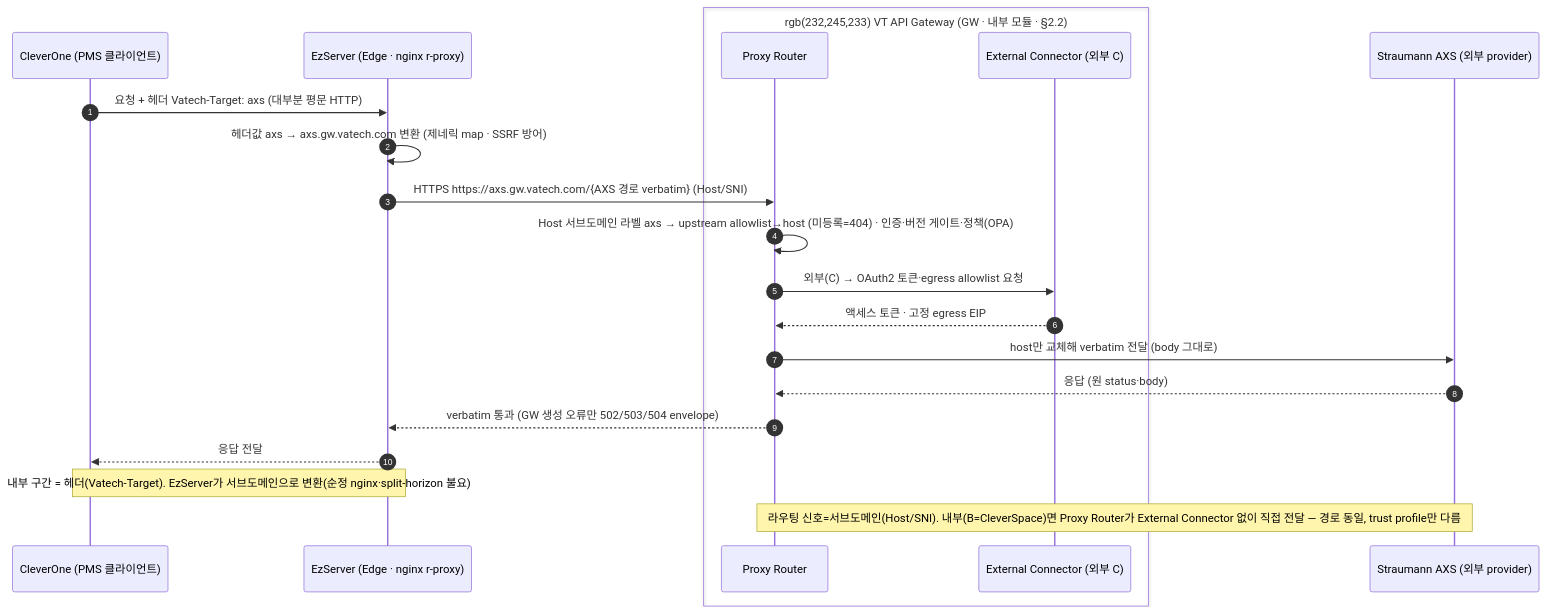
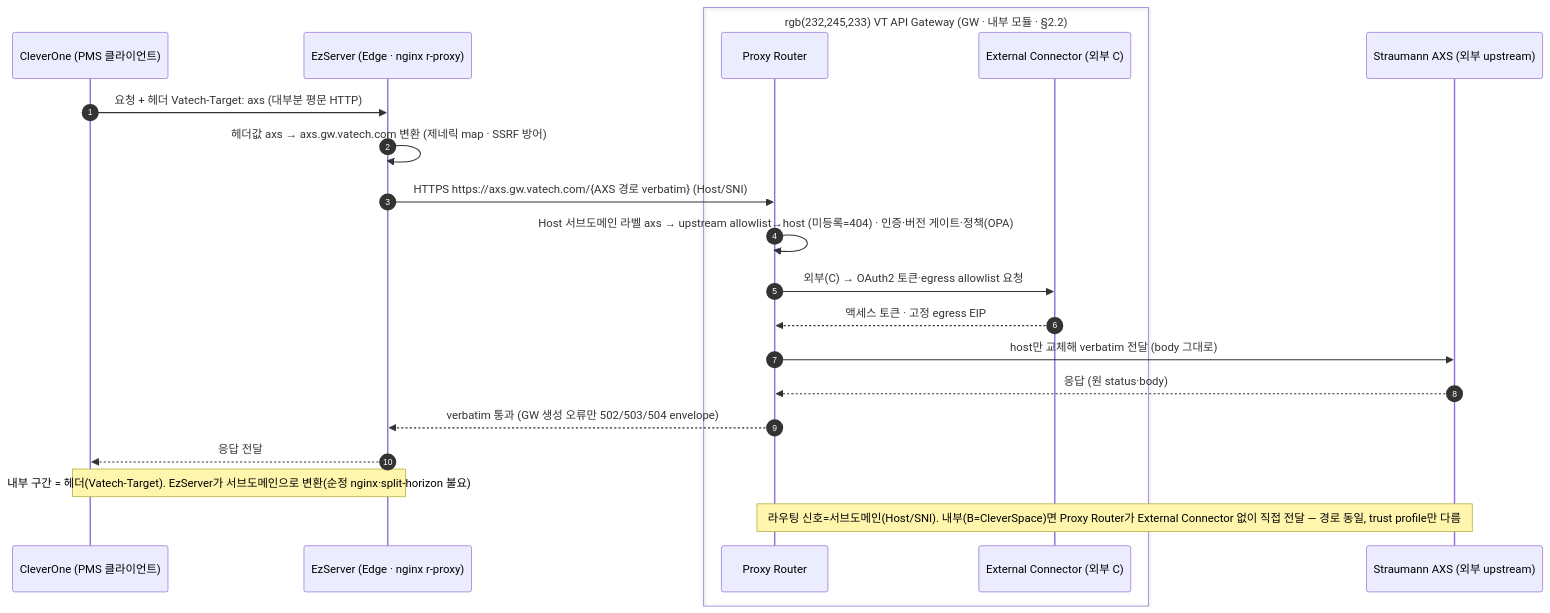
The eighth of 19 diagrams in docs/VT_API_Gateway/08.VT_API_Gateway/specs/03-srs-gateway/SRS.md (gracegyu/scp-architecture), drawn with Mermaid before and after one commit. The commit also changed other lines of this file and 5 other files, not shown here.

````diff
--- a/docs/VT_API_Gateway/08.VT_API_Gateway/specs/03-srs-gateway/SRS.md
+++ b/docs/VT_API_Gateway/08.VT_API_Gateway/specs/03-srs-gateway/SRS.md
@@ -515,23 +554,23 @@
 ```mermaid
 sequenceDiagram
     autonumber
     participant CO as CleverOne (PMS 클라이언트)
     participant EZ as EzServer (Edge · nginx r-proxy)
     box rgb(232,245,233) VT API Gateway (GW · 내부 모듈 · §2.2)
     participant RT as Proxy Router
     participant CN as External Connector (외부 C)
     end
-    participant AXS as Straumann AXS (외부 provider)
+    participant AXS as Straumann AXS (외부 upstream)
     CO->>EZ: 요청 + 헤더 Vatech-Target: axs (대부분 평문 HTTP)
     EZ->>EZ: 헤더값 axs → axs.gw.vatech.com 변환 (제네릭 map · SSRF 방어)
     EZ->>RT: HTTPS https://axs.gw.vatech.com/{AXS 경로 verbatim} (Host/SNI)
     RT->>RT: Host 서브도메인 라벨 axs → upstream allowlist→host (미등록=404) · 인증·버전 게이트·정책(OPA)
     RT->>CN: 외부(C) → OAuth2 토큰·egress allowlist 요청
     CN-->>RT: 액세스 토큰 · 고정 egress EIP
     RT->>AXS: host만 교체해 verbatim 전달 (body 그대로)
     AXS-->>RT: 응답 (원 status·body)
     RT-->>EZ: verbatim 통과 (GW 생성 오류만 502/503/504 envelope)
     EZ-->>CO: 응답 전달
     Note over CO,EZ: 내부 구간 = 헤더(Vatech-Target). EzServer가 서브도메인으로 변환(순정 nginx·split-horizon 불요)
     Note over RT,AXS: 라우팅 신호=서브도메인(Host/SNI). 내부(B=CleverSpace)면 Proxy Router가 External Connector 없이 직접 전달 — 경로 동일, trust profile만 다름
 ```
````
